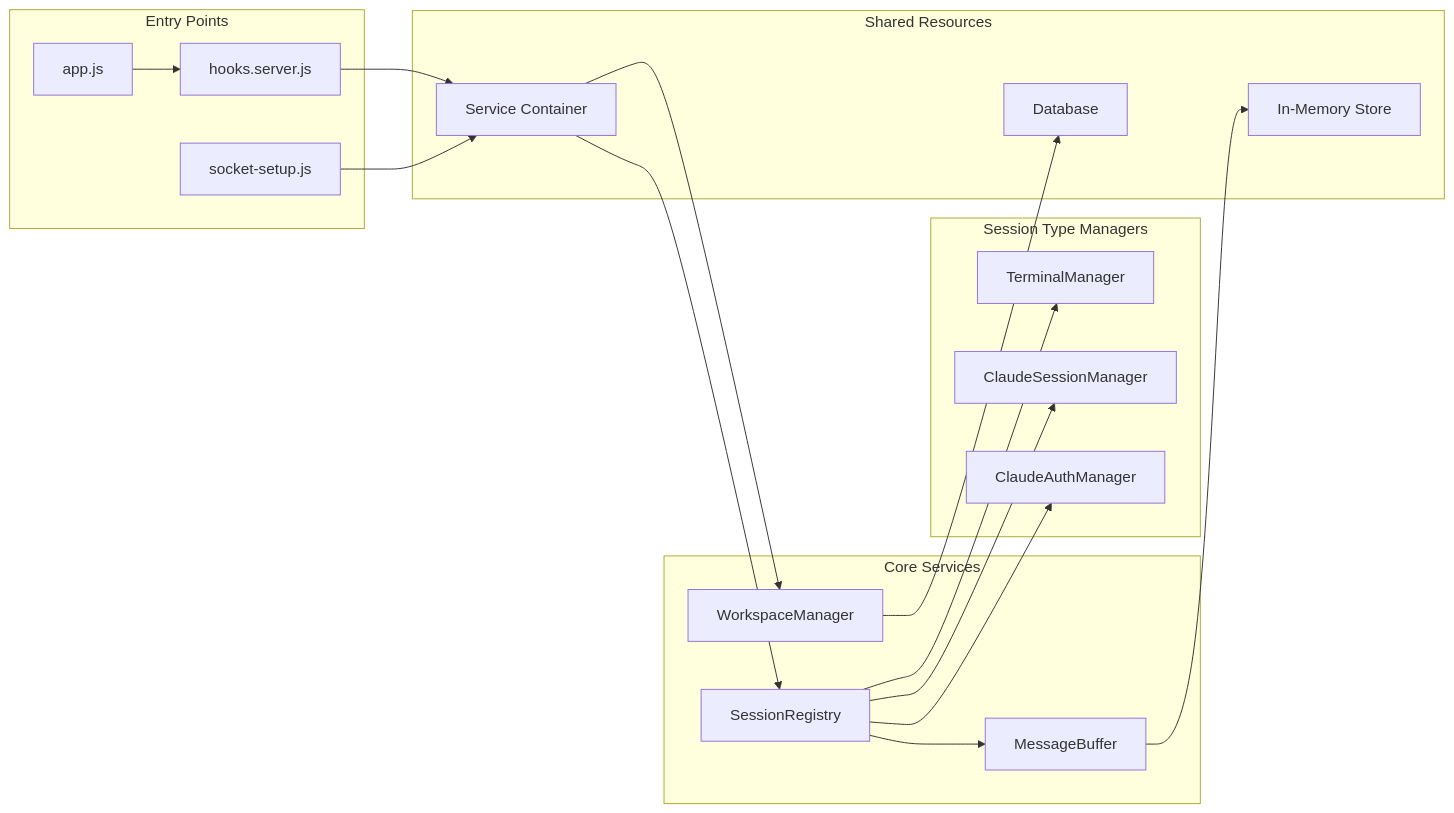
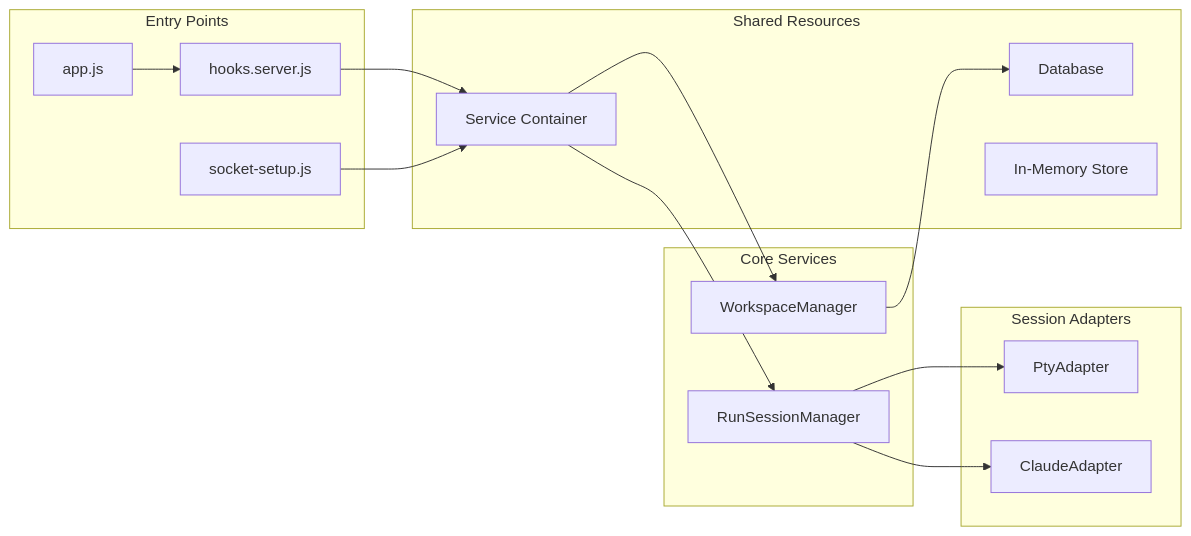
The fourth of 13 diagrams in docs/ARCHITECTURE.md (fwdslsh/dispatch), drawn with Mermaid before and after one commit. The commit also changed other lines of this file and 56 other files, not shown here.

First line of the commit message:
feat(api): Enhance session management with normalization and resume functionality

````diff
--- a/docs/ARCHITECTURE.md
+++ b/docs/ARCHITECTURE.md
@@ -196,41 +193,36 @@
 ```mermaid
 graph LR
     subgraph "Entry Points"
         App[app.js]
         Hooks[hooks.server.js]
         SocketSetup[socket-setup.js]
     end
 
     subgraph "Core Services"
-        SR[SessionRegistry]
-        MB[MessageBuffer]
+        RSM[RunSessionManager]
         WM[WorkspaceManager]
     end
 
-    subgraph "Session Type Managers"
-        TM[TerminalManager]
-        CM[ClaudeSessionManager]
-        CAM[ClaudeAuthManager]
+    subgraph "Session Adapters"
+        PA[PtyAdapter]
+        CA[ClaudeAdapter]
     end
 
     subgraph "Shared Resources"
         API[Service Container]
         DB[Database]
         Memory[In-Memory Store]
     end
 
     App --> Hooks
     Hooks --> API
     SocketSetup --> API
 
-    API --> SR
+    API --> RSM
     API --> WM
 
-SR --> TM
-SR --> CM
-SR --> CAM
-SR --> MB
+    RSM --> PA
+    RSM --> CA
 
     WM --> DB
-    MB --> Memory
 ```
````
